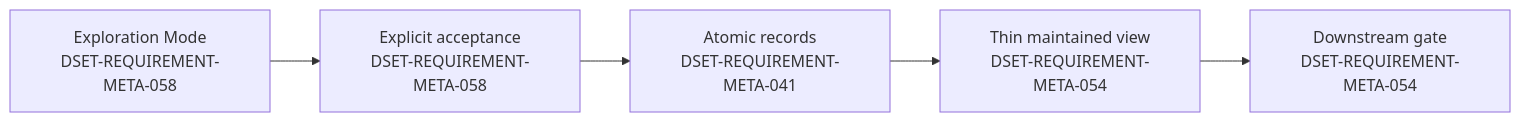
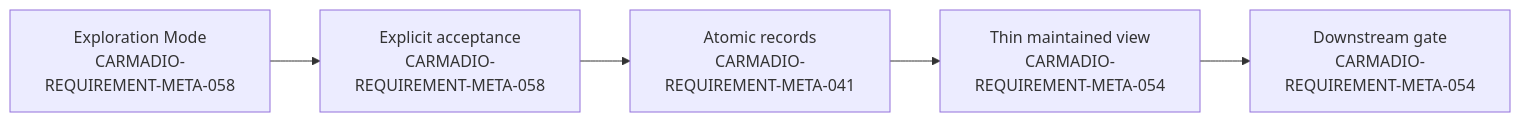
The second of 5 diagrams in .dset/000_dset_methodology/01_meta/040_dset-meta-specification-methodology.md (anatoly-m-maslennikov/caprmedio-graph-driven-framework), drawn with Mermaid before and after one commit. The commit also changed other lines of this file and 1459 other files, not shown here.

Commit message:
CARMADIO-REQUIREMENT-GOV-108/90d6c9fe4798ca28d9b9ec27ea7a39e929a73cbe, CARMADIO-PROBLEM-GOV-012/27d56477626acab0c8fad4a091d73e1251969bbb | 15_layer_implementation/tools/migrations/migrate_identity_prefix_to_carmadio.py ; 0

````diff
--- a/.dset/000_dset_methodology/01_meta/040_dset-meta-specification-methodology.md
+++ b/.dset/000_dset_methodology/01_meta/040_dset-meta-specification-methodology.md
@@ -350,13 +350,13 @@
 ```mermaid
 flowchart LR
-    EXPLORE["Exploration Mode<br/>DSET-REQUIREMENT-META-058"]
-    ACCEPT["Explicit acceptance<br/>DSET-REQUIREMENT-META-058"]
-    ATOMS["Atomic records<br/>DSET-REQUIREMENT-META-041"]
-    VIEW["Thin maintained view<br/>DSET-REQUIREMENT-META-054"]
-    GATE["Downstream gate<br/>DSET-REQUIREMENT-META-054"]
+    EXPLORE["Exploration Mode<br/>CARMADIO-REQUIREMENT-META-058"]
+    ACCEPT["Explicit acceptance<br/>CARMADIO-REQUIREMENT-META-058"]
+    ATOMS["Atomic records<br/>CARMADIO-REQUIREMENT-META-041"]
+    VIEW["Thin maintained view<br/>CARMADIO-REQUIREMENT-META-054"]
+    GATE["Downstream gate<br/>CARMADIO-REQUIREMENT-META-054"]
 
     EXPLORE --> ACCEPT
     ACCEPT --> ATOMS
     ATOMS --> VIEW
     VIEW --> GATE
 ```
````
